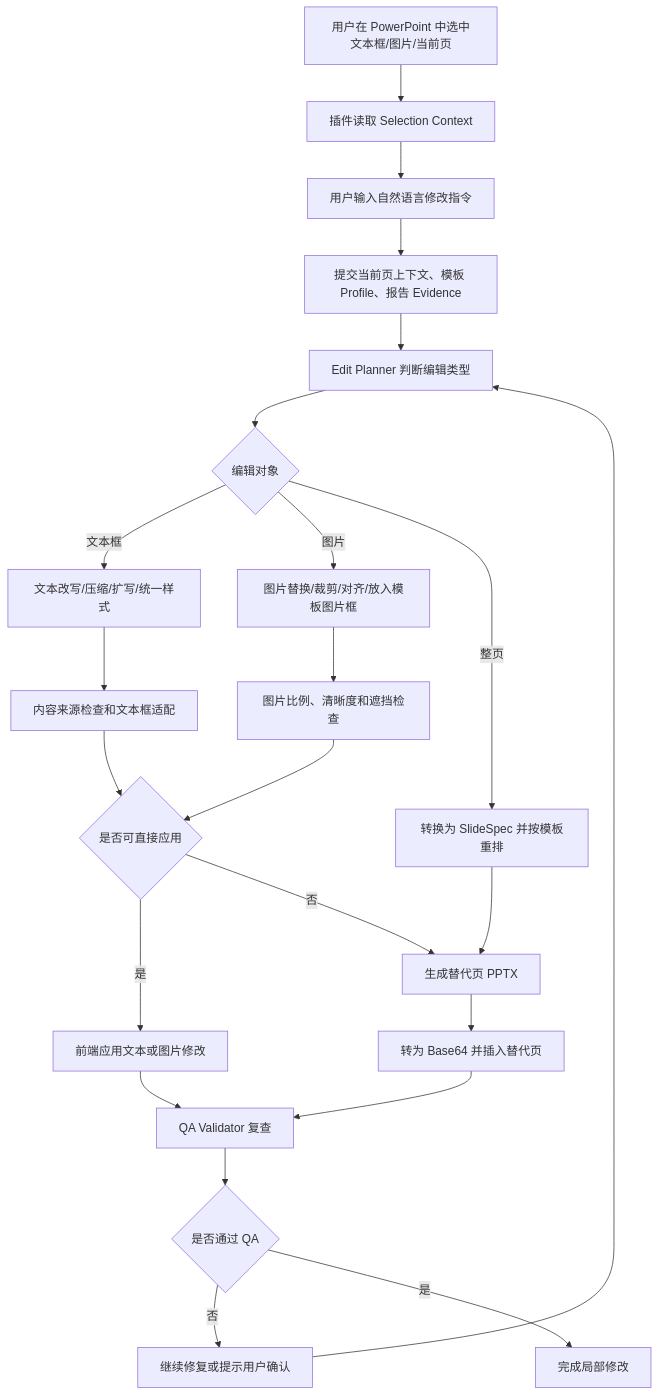
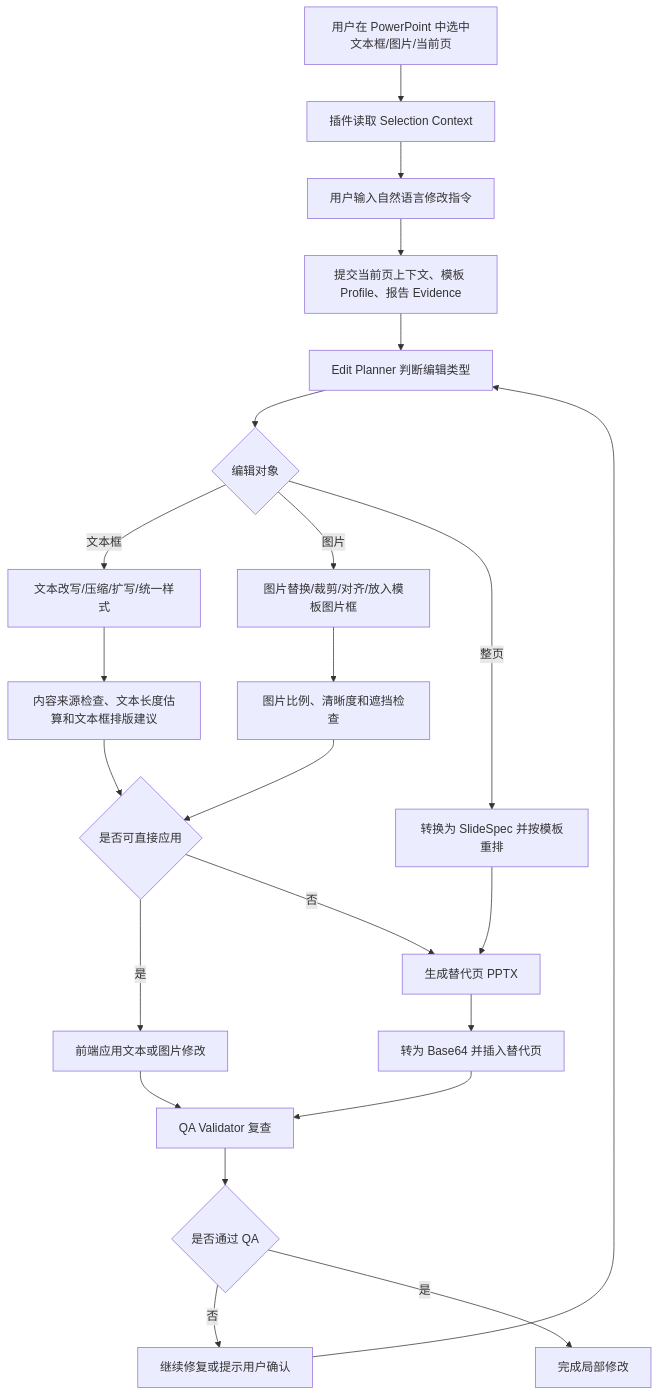
One commit to liyizhen23/ppt-builders changed the second of 2 diagrams in AI_PPT_PLUGIN_BUILD_PLAN.md. Above: the diagram before and after it, drawn with Mermaid. The commit also changed other lines of this file and 6 other files, not shown here.

````diff
--- a/AI_PPT_PLUGIN_BUILD_PLAN.md
+++ b/AI_PPT_PLUGIN_BUILD_PLAN.md
@@ -95,25 +95,25 @@
 ```mermaid
 flowchart TD
   A["用户在 PowerPoint 中选中文本框/图片/当前页"] --> B["插件读取 Selection Context"]
   B --> C["用户输入自然语言修改指令"]
   C --> D["提交当前页上下文、模板 Profile、报告 Evidence"]
   D --> E["Edit Planner 判断编辑类型"]
   E --> F{编辑对象}
   F -- "文本框" --> G["文本改写/压缩/扩写/统一样式"]
   F -- "图片" --> H["图片替换/裁剪/对齐/放入模板图片框"]
   F -- "整页" --> I["转换为 SlideSpec 并按模板重排"]
-  G --> J["内容来源检查和文本框适配"]
+  G --> J["内容来源检查、文本长度估算和文本框排版建议"]
   H --> K["图片比例、清晰度和遮挡检查"]
   I --> L["生成替代页 PPTX"]
   J --> M{是否可直接应用}
   K --> M
   L --> N["转为 Base64 并插入替代页"]
   M -- "是" --> O["前端应用文本或图片修改"]
   M -- "否" --> L
   O --> P["QA Validator 复查"]
   N --> P
   P --> Q{是否通过 QA}
   Q -- "否" --> R["继续修复或提示用户确认"]
   R --> E
   Q -- "是" --> S["完成局部修改"]
 ```
````
